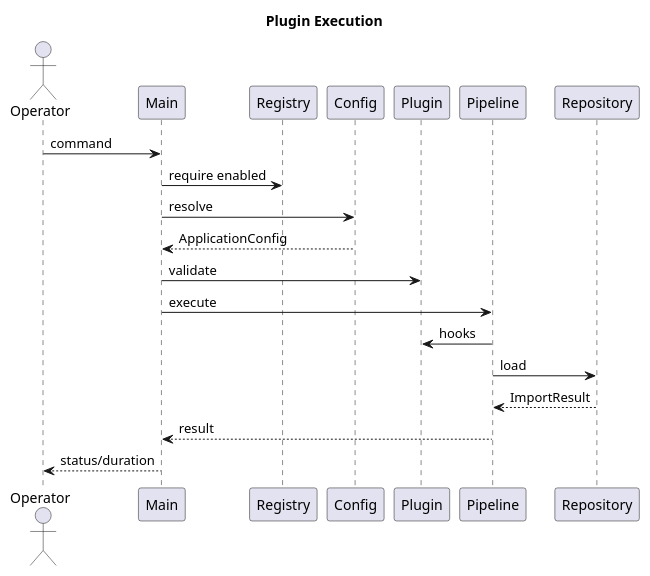
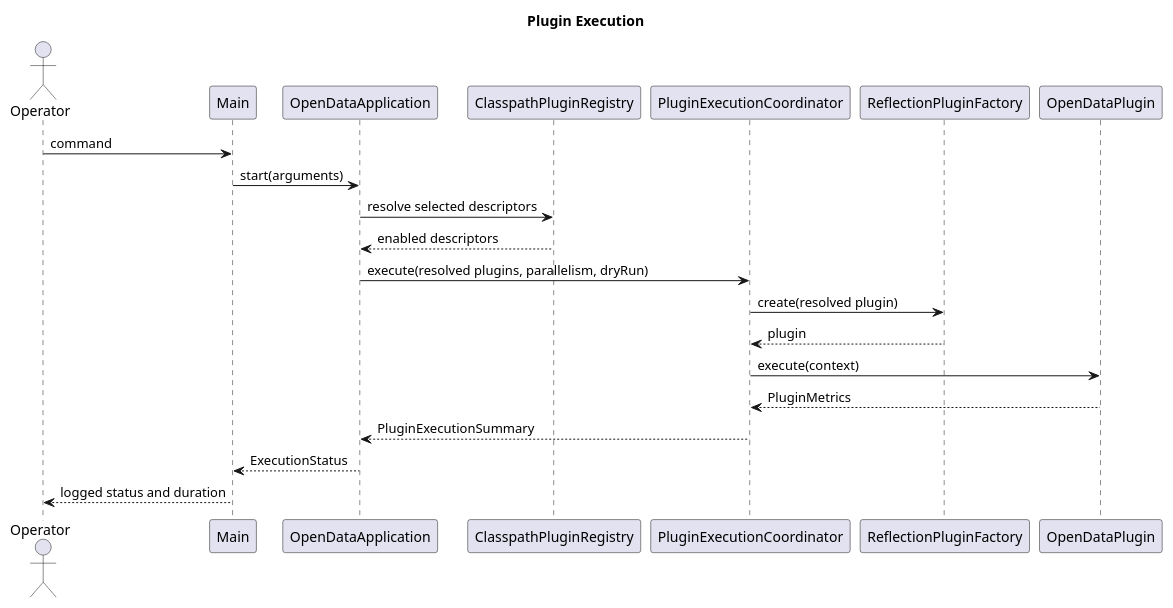
The diagram in docs/diagrams/source/plugin-execution-sequence.puml (TerryCurranZellis/OpenData), drawn with PlantUML before and after one commit. The commit also changed 292 other files, not shown here.

```diff
--- a/docs/diagrams/source/plugin-execution-sequence.puml
+++ b/docs/diagrams/source/plugin-execution-sequence.puml
@@ -1,21 +1,23 @@
 @startuml
 title Plugin Execution
 actor Operator
 participant Main
-participant Registry
-participant Config
-participant Plugin
-participant Pipeline
-participant Repository
+participant OpenDataApplication as Application
+participant ClasspathPluginRegistry as Registry
+participant PluginExecutionCoordinator as Coordinator
+participant ReflectionPluginFactory as Factory
+participant OpenDataPlugin as Plugin
+
 Operator -> Main : command
-Main -> Registry : require enabled
-Main -> Config : resolve
-Config --> Main : ApplicationConfig
-Main -> Plugin : validate
-Main -> Pipeline : execute
-Pipeline -> Plugin : hooks
-Pipeline -> Repository : load
-Repository --> Pipeline : ImportResult
-Pipeline --> Main : result
-Main --> Operator : status/duration
+Main -> Application : start(arguments)
+Application -> Registry : resolve selected descriptors
+Registry --> Application : enabled descriptors
+Application -> Coordinator : execute(resolved plugins, parallelism, dryRun)
+Coordinator -> Factory : create(resolved plugin)
+Factory --> Coordinator : plugin
+Coordinator -> Plugin : execute(context)
+Plugin --> Coordinator : PluginMetrics
+Coordinator --> Application : PluginExecutionSummary
+Application --> Main : ExecutionStatus
+Main --> Operator : logged status and duration
 @enduml
```
